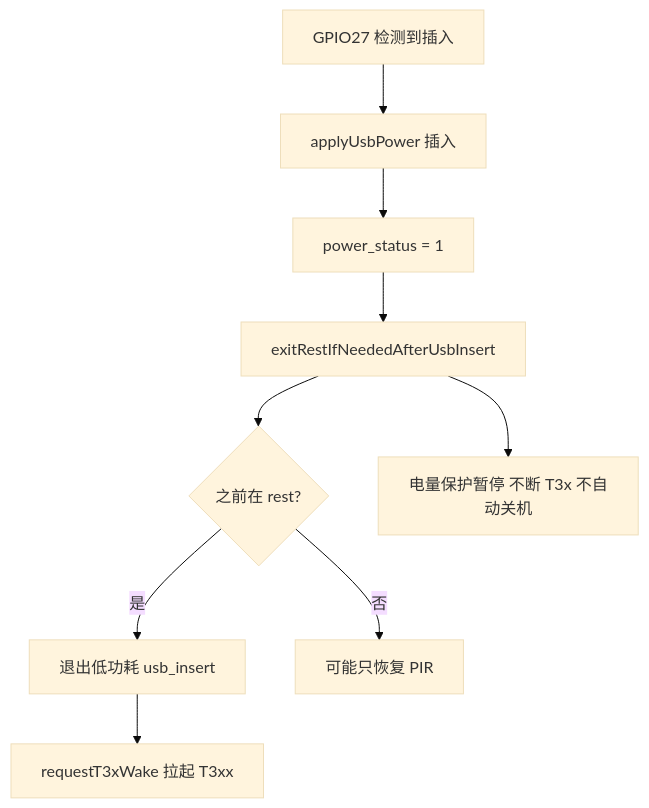
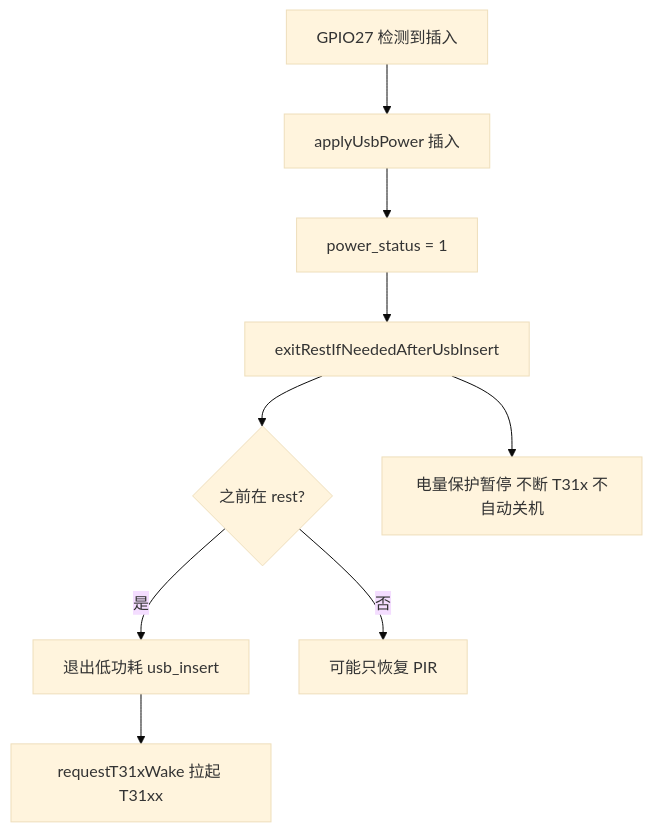
One commit to dzr1986/AIR780EHM changed the second of 5 diagrams in doc/LOW_BATTERY_AND_LOW_POWER.md. Above: the diagram before and after it, drawn with Mermaid (base theme). The commit also changed other lines of this file and 402 other files, not shown here.

````diff
--- a/doc/LOW_BATTERY_AND_LOW_POWER.md
+++ b/doc/LOW_BATTERY_AND_LOW_POWER.md
@@ -83,11 +83,11 @@
 ```mermaid
 flowchart TD
     A[GPIO27 检测到插入] --> B[applyUsbPower 插入]
     B --> C[power_status = 1]
     C --> D[exitRestIfNeededAfterUsbInsert]
     D --> E{之前在 rest?}
     E -->|是| F[退出低功耗 usb_insert]
     E -->|否| G[可能只恢复 PIR]
-    F --> H[requestT3xWake 拉起 T3xx]
-    D --> I[电量保护暂停 不断 T3x 不自动关机]
+    F --> H[requestT31xWake 拉起 T31xx]
+    D --> I[电量保护暂停 不断 T31x 不自动关机]
 ```
````
